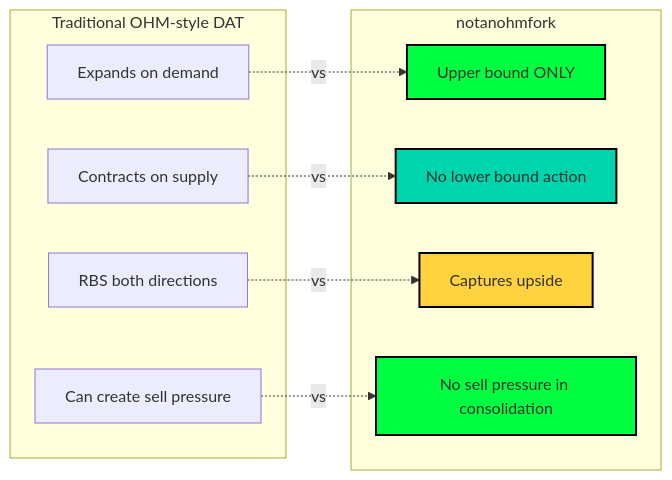
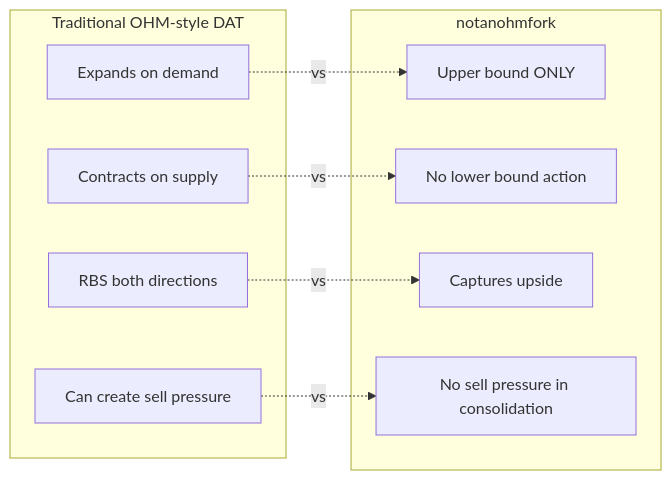
One commit to 0xJaehaerys/ohmega changed the ninth of 10 diagrams in docs/NOTANOHMFORK_DIAGRAMS.md. Above: the diagram before and after it, drawn with Mermaid. The commit also changed other lines of this file, not shown here.

Commit message:
Remove colors from diagrams

````diff
--- a/docs/NOTANOHMFORK_DIAGRAMS.md
+++ b/docs/NOTANOHMFORK_DIAGRAMS.md
@@ -379,26 +355,21 @@
 ```mermaid
 graph LR
     subgraph "Traditional OHM-style DAT"
         T1[Expands on demand]
         T2[Contracts on supply]
         T3[RBS both directions]
         T4[Can create sell pressure]
     end
     
     subgraph "notanohmfork"
         N1[Upper bound ONLY]
         N2[No lower bound action]
         N3[Captures upside]
         N4[No sell pressure in consolidation]
     end
     
     T1 -.->|vs| N1
     T2 -.->|vs| N2
     T3 -.->|vs| N3
     T4 -.->|vs| N4
-    
-    style N1 fill:#00ff41,stroke:#000,stroke-width:2px
-    style N2 fill:#00d4aa,stroke:#000,stroke-width:2px
-    style N3 fill:#ffd23f,stroke:#000,stroke-width:2px
-    style N4 fill:#00ff41,stroke:#000,stroke-width:2px
 ```
````
